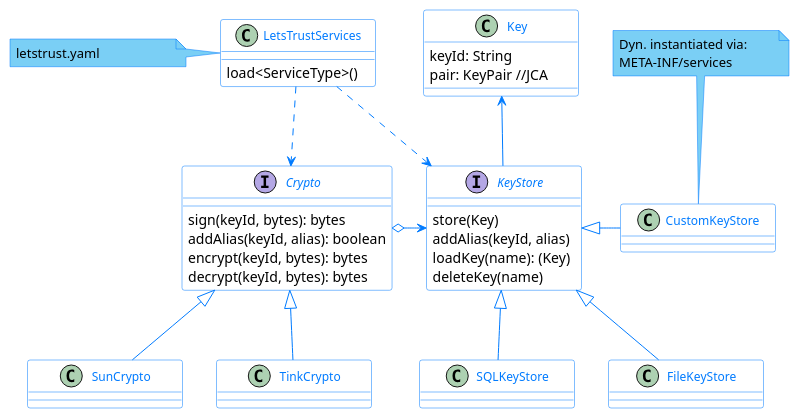
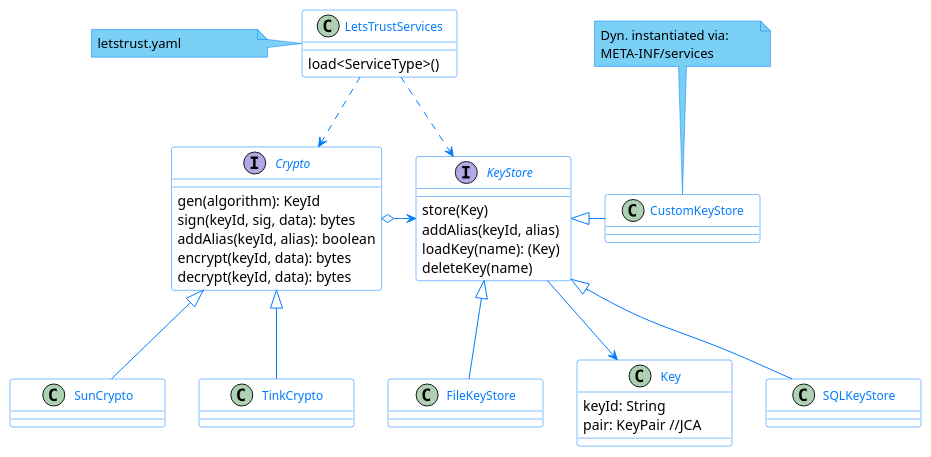
One commit to walt-id/waltid-ssikit changed the diagram in docs/architecture-crypto-and-keymanagement.puml. Above: the diagram before and after it, drawn with PlantUML. The commit also changed 14 other files, not shown here.

Commit message:
Added TinkKeyStore

```diff
--- a/docs/architecture-crypto-and-keymanagement.puml
+++ b/docs/architecture-crypto-and-keymanagement.puml
@@ -1,86 +1,87 @@
 @startuml
 'https://plantuml.com/class-diagram
 
 skinparam classFontColor 007BFF
 skinparam classFontSize 12
 skinparam classFontName Aapex
 skinparam backgroundColor white
 skinparam minClassWidth 155
 skinparam nodesep 34
 skinparam ranksep 70
 
 skinparam class {
 BorderColor 007BFF
 ArrowColor 007BFF
 BackgroundColor white
 }
 
 skinparam interface {
 BorderColor 007BFF
 ArrowColor 007BFF
 }
 
 skinparam note {
 BorderColor 007BFF
 BackgroundColor 7ACFF5
 }
 
 note as ConfNote
   letstrust.yaml
 end note
 
 class LetsTrustServices {
 load<ServiceType>()
 }
 
 ConfNote -right- LetsTrustServices
 
 LetsTrustServices ..> Crypto
 LetsTrustServices ..> KeyStore
 
 interface Crypto  {
-sign(keyId, bytes): bytes
+gen(algorithm): KeyId
+sign(keyId, sig, data): bytes
 addAlias(keyId, alias): boolean
-encrypt(keyId, bytes): bytes
-decrypt(keyId, bytes): bytes
+encrypt(keyId, data): bytes
+decrypt(keyId, data): bytes
 }
 
 interface KeyStore {
 store(Key)
 addAlias(keyId, alias)
 loadKey(name): (Key)
 deleteKey(name)
 }
 
 class Key {
 keyId: String
 pair: KeyPair //JCA
 }
 
-KeyStore -up-> Key
+KeyStore --> Key
 
 class SQLKeyStore  {}
 class FileKeyStore  {}
 class CustomKeyStore  {}
 
 note as CustomKeyStoreNote
   Dyn. instantiated via:
   META-INF/services
 end note
 
 CustomKeyStoreNote --> CustomKeyStore
 
 KeyStore <|-right- CustomKeyStore
 KeyStore <|-- SQLKeyStore
 KeyStore <|-- FileKeyStore
 
 
 Crypto <|-- SunCrypto
 Crypto <|-- TinkCrypto
 
 Crypto o-right-> KeyStore
 
 
 
 
 @enduml
```
